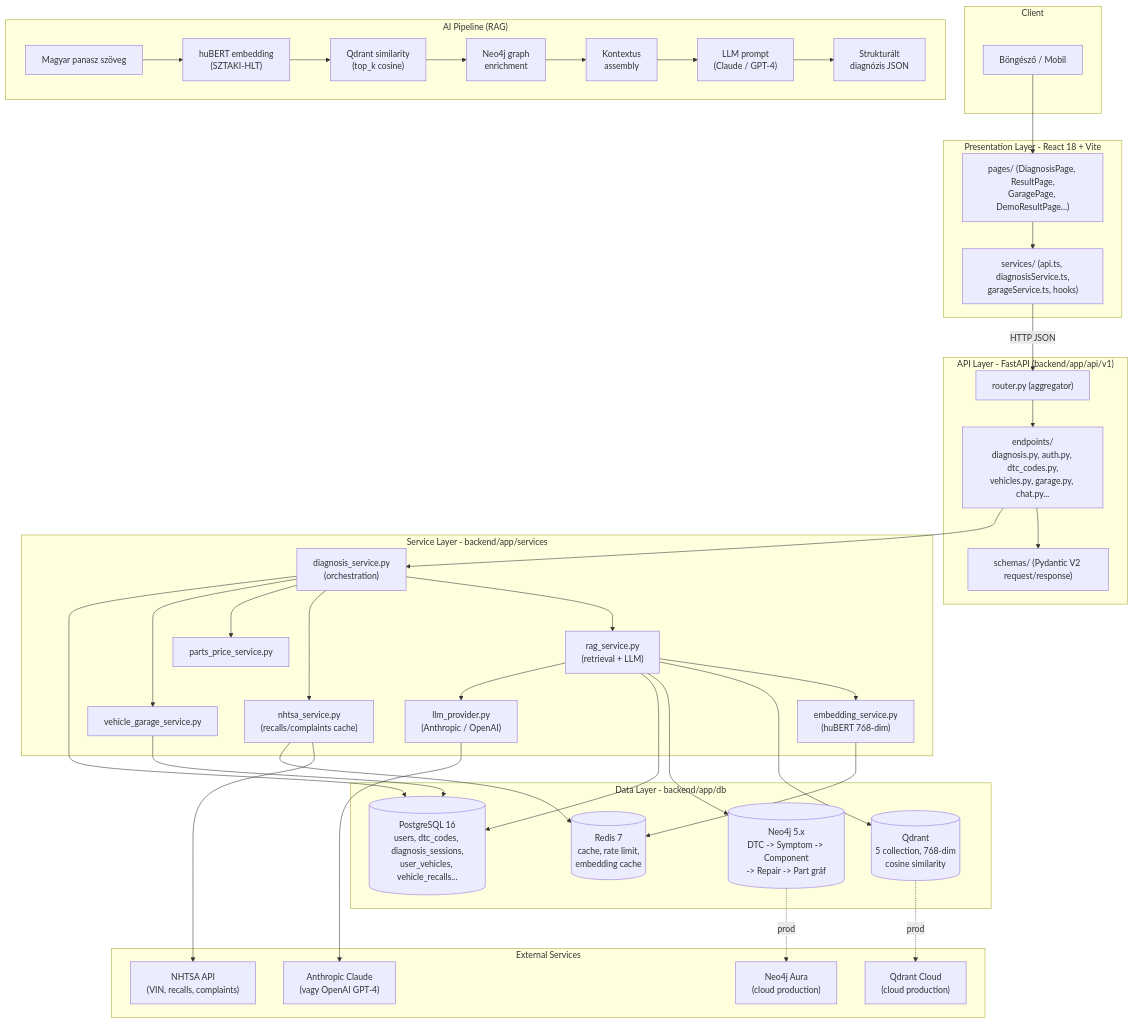
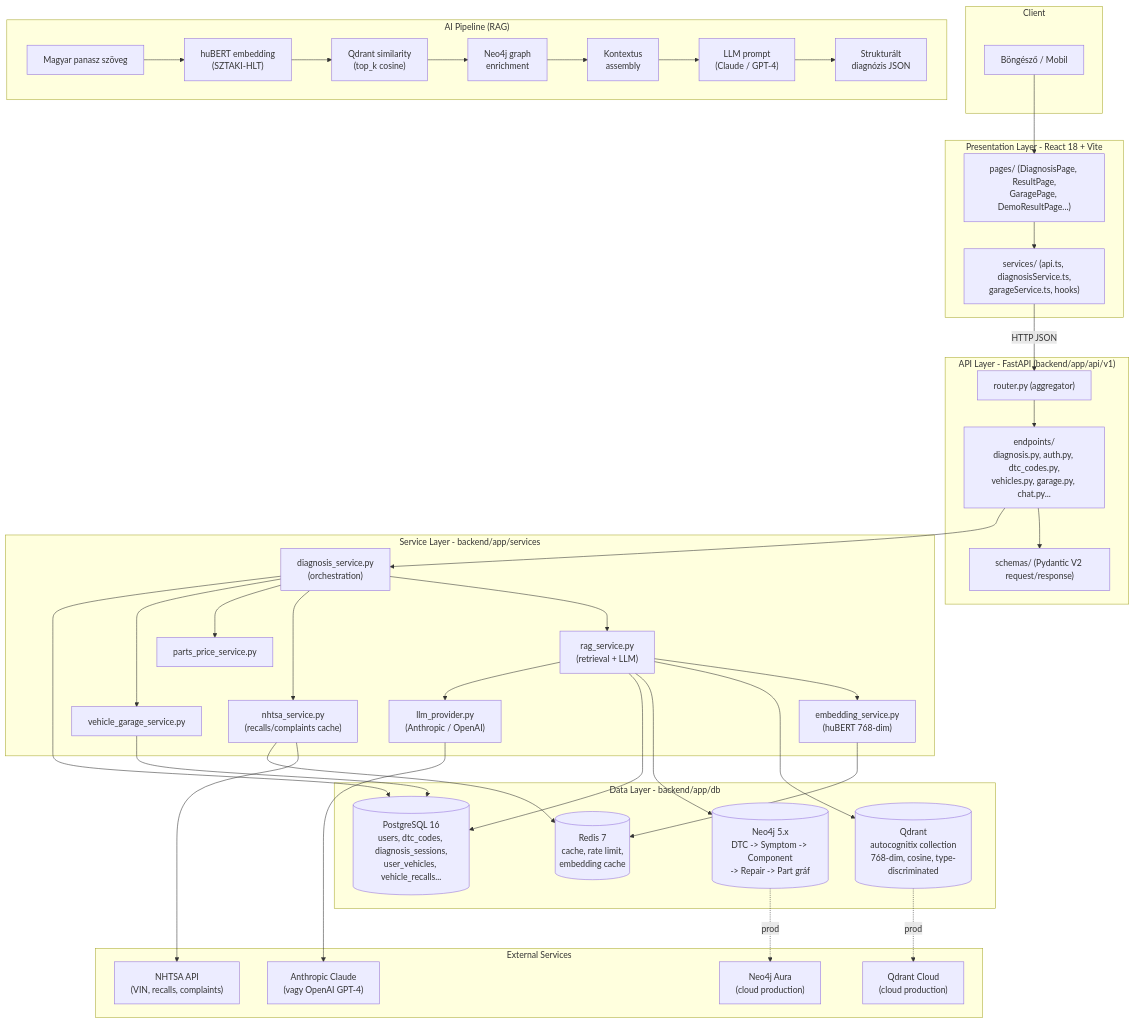
Before and after one commit to anorbert-cmyk/AutoCognitix: the diagram in docs/ARCHITECTURE.md, drawn with Mermaid. The commit also changed other lines of this file and 122 other files, not shown here.

````diff
--- a/docs/ARCHITECTURE.md
+++ b/docs/ARCHITECTURE.md
@@ -9,75 +9,75 @@
 ```mermaid
 flowchart TB
     subgraph Client["Client"]
         Browser["Böngésző / Mobil"]
     end
 
     subgraph Presentation["Presentation Layer - React 18 + Vite"]
         Pages["pages/ (DiagnosisPage, ResultPage,<br/>GaragePage, DemoResultPage...)"]
         Services["services/ (api.ts, diagnosisService.ts,<br/>garageService.ts, hooks)"]
     end
 
     subgraph API["API Layer - FastAPI (backend/app/api/v1)"]
         Router["router.py (aggregator)"]
         Endpoints["endpoints/<br/>diagnosis.py, auth.py, dtc_codes.py,<br/>vehicles.py, garage.py, chat.py..."]
         Schemas["schemas/ (Pydantic V2 request/response)"]
     end
 
     subgraph ServiceLayer["Service Layer - backend/app/services"]
         DiagSvc["diagnosis_service.py<br/>(orchestration)"]
         RAG["rag_service.py<br/>(retrieval + LLM)"]
         Embed["embedding_service.py<br/>(huBERT 768-dim)"]
         NHTSA["nhtsa_service.py<br/>(recalls/complaints cache)"]
         Parts["parts_price_service.py"]
         Garage["vehicle_garage_service.py"]
         LLMP["llm_provider.py<br/>(Anthropic / OpenAI)"]
     end
 
     subgraph DataLayer["Data Layer - backend/app/db"]
         PG[("PostgreSQL 16<br/>users, dtc_codes, diagnosis_sessions,<br/>user_vehicles, vehicle_recalls...")]
         NEO[("Neo4j 5.x<br/>DTC -> Symptom -> Component<br/>-> Repair -> Part gráf")]
-        QD[("Qdrant<br/>5 collection, 768-dim<br/>cosine similarity")]
+        QD[("Qdrant<br/>autocognitix collection<br/>768-dim, cosine, type-discriminated")]
         RD[("Redis 7<br/>cache, rate limit,<br/>embedding cache")]
     end
 
     subgraph External["External Services"]
         NHTSA_API["NHTSA API<br/>(VIN, recalls, complaints)"]
         Anthropic["Anthropic Claude<br/>(vagy OpenAI GPT-4)"]
         Neo4jAura["Neo4j Aura<br/>(cloud production)"]
         QdrantCloud["Qdrant Cloud<br/>(cloud production)"]
     end
 
     subgraph AIPipeline["AI Pipeline (RAG)"]
         direction LR
         Q["Magyar panasz szöveg"] --> HB["huBERT embedding<br/>(SZTAKI-HLT)"]
         HB --> QDS["Qdrant similarity<br/>(top_k cosine)"]
         QDS --> NG["Neo4j graph<br/>enrichment"]
         NG --> CTX["Kontextus<br/>assembly"]
         CTX --> LLM["LLM prompt<br/>(Claude / GPT-4)"]
         LLM --> OUT["Strukturált<br/>diagnózis JSON"]
     end
 
     Browser --> Pages
     Pages --> Services
     Services -->|HTTP JSON| Router
     Router --> Endpoints
     Endpoints --> Schemas
     Endpoints --> DiagSvc
     DiagSvc --> RAG
     DiagSvc --> NHTSA
     DiagSvc --> Parts
     DiagSvc --> Garage
     RAG --> Embed
     RAG --> QD
     RAG --> NEO
     RAG --> PG
     RAG --> LLMP
     NHTSA --> NHTSA_API
     NHTSA --> RD
     Embed --> RD
     LLMP --> Anthropic
     NEO -.prod.-> Neo4jAura
     QD -.prod.-> QdrantCloud
     DiagSvc --> PG
     Garage --> PG
 ```
````
